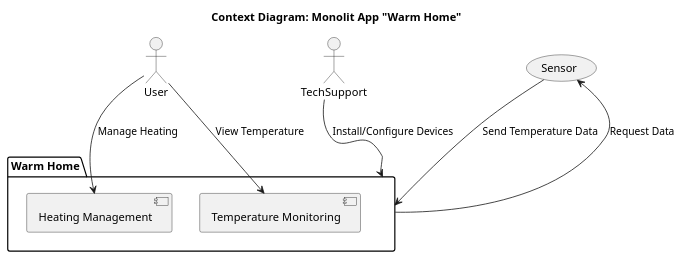
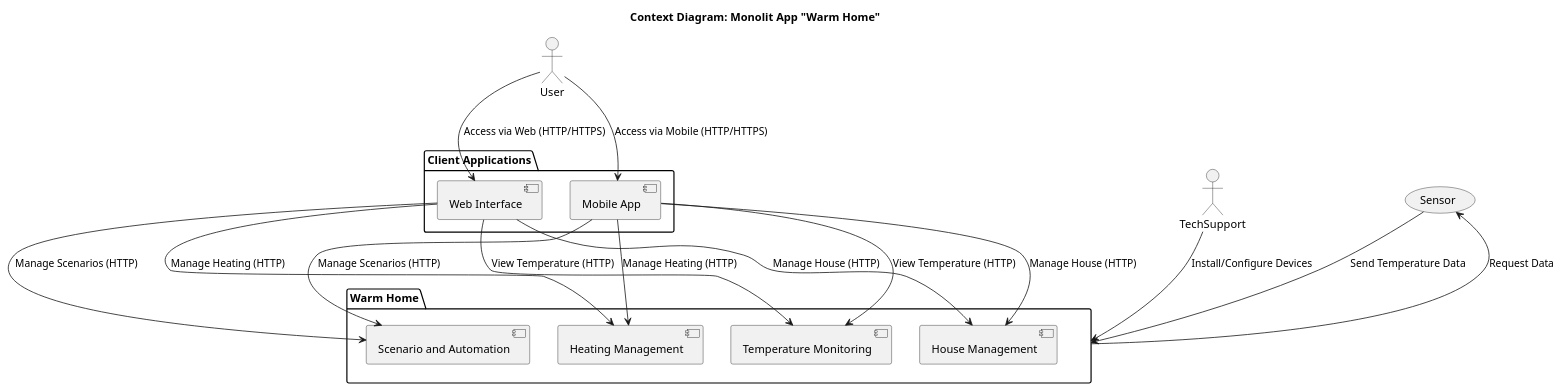
Before and after one commit to fireflysmk/architecture-sprint-3: the diagram in task-1-5_monolit_diagram.puml, drawn with PlantUML. The commit also changed other lines of this file and 3 other files, not shown here.

```diff
--- a/task-1-5_monolit_diagram.puml
+++ b/task-1-5_monolit_diagram.puml
@@ -2,18 +1,38 @@
 @startuml
 title Context Diagram: Monolit App "Warm Home"
 
 actor "User" as User
 actor "TechSupport" as TechSupport
 
 package "Warm Home" {
     [Heating Management]
     [Temperature Monitoring]
+    [Scenario and Automation]
+    [House Management]
 }
 
-User --> [Heating Management] : Manage Heating
-User --> [Temperature Monitoring] : View Temperature
+package "Client Applications" {
+    [Web Interface]
+    [Mobile App]
+}
+
+User --> [Web Interface] : Access via Web (HTTP/HTTPS)
+User --> [Mobile App] : Access via Mobile (HTTP/HTTPS)
+
+[Web Interface] --> [Heating Management] : Manage Heating (HTTP)
+[Mobile App] --> [Heating Management] : Manage Heating (HTTP)
+
+[Web Interface] --> [Temperature Monitoring] : View Temperature (HTTP)
+[Mobile App] --> [Temperature Monitoring] : View Temperature (HTTP)
+
+[Web Interface] --> [Scenario and Automation] : Manage Scenarios (HTTP)
+[Mobile App] --> [Scenario and Automation] : Manage Scenarios (HTTP)
+
+[Web Interface] --> [House Management] : Manage House (HTTP)
+[Mobile App] --> [House Management] : Manage House (HTTP)
+
 TechSupport --> [Warm Home] : Install/Configure Devices
 [Warm Home] --> (Sensor) : Request Data
 (Sensor) --> [Warm Home] : Send Temperature Data
 
 @enduml
```
